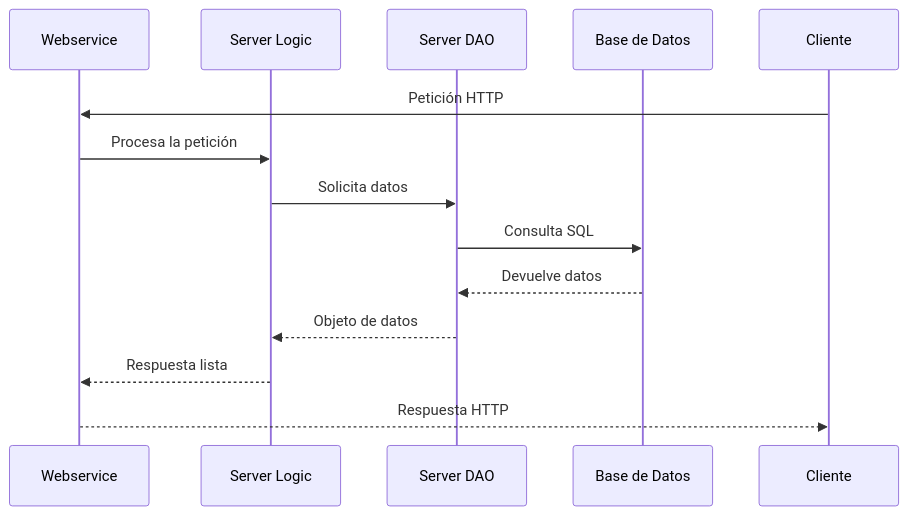
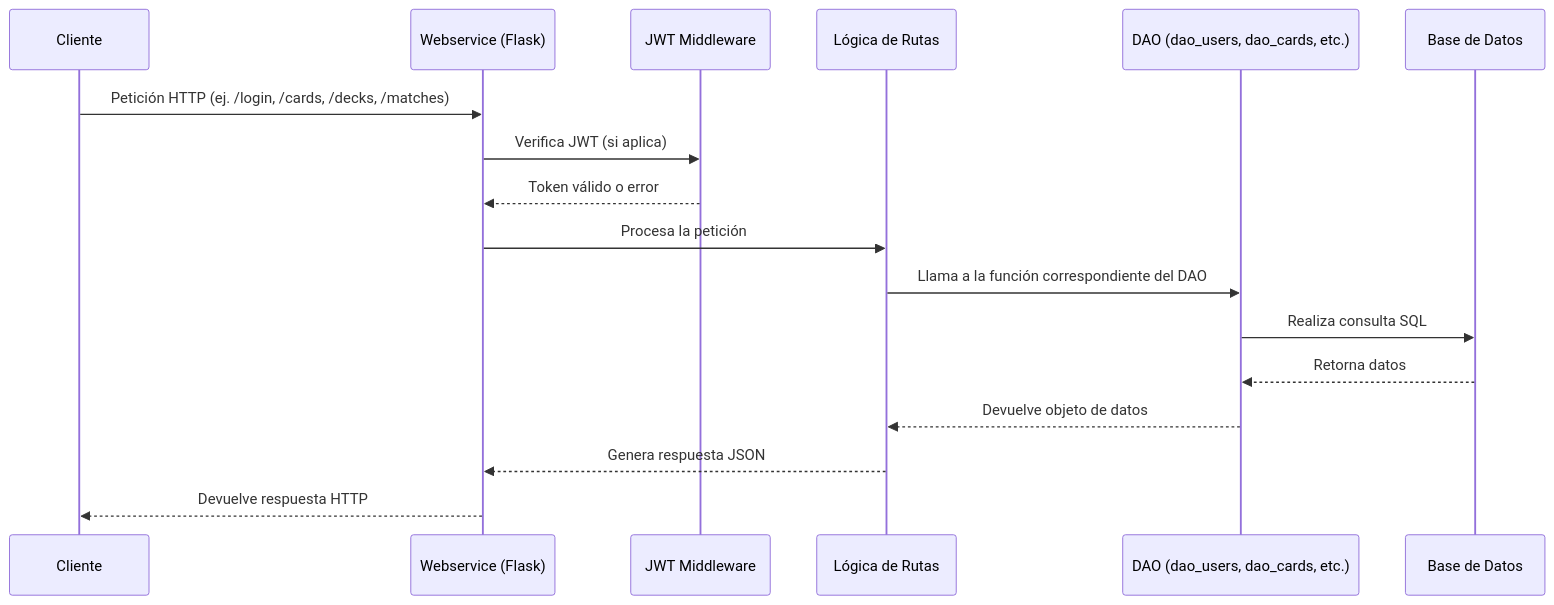
One commit to Dariella06/Rifters changed the diagram in Diagramas/Servidor.mermaid. Above: the diagram before and after it, drawn with Mermaid.

Commit message:
Añadiendo cosas que se puso en el sever, mejorandolo

```diff
--- a/Diagramas/Servidor.mermaid
+++ b/Diagramas/Servidor.mermaid
@@ -1,14 +1,19 @@
 sequenceDiagram
-    participant WebAPI as Webservice
-    participant ServerLogic as Server Logic
-    participant DAO as Server DAO
+    participant Cliente
+    participant WebAPI as Webservice (Flask)
+    participant Middleware as JWT Middleware
+    participant ServerLogic as Lógica de Rutas
+    participant DAO as DAO (dao_users, dao_cards, etc.)
     participant DB as Base de Datos
 
-    Cliente->>WebAPI: Petición HTTP
+    Cliente->>WebAPI: Petición HTTP (ej. /login, /cards, /decks, /matches)
+    WebAPI->>Middleware: Verifica JWT (si aplica)
+    Middleware-->>WebAPI: Token válido o error
+
     WebAPI->>ServerLogic: Procesa la petición
-    ServerLogic->>DAO: Solicita datos
-    DAO->>DB: Consulta SQL
-    DB-->>DAO: Devuelve datos
-    DAO-->>ServerLogic: Objeto de datos
-    ServerLogic-->>WebAPI: Respuesta lista
-    WebAPI-->>Cliente: Respuesta HTTP
+    ServerLogic->>DAO: Llama a la función correspondiente del DAO
+    DAO->>DB: Realiza consulta SQL
+    DB-->>DAO: Retorna datos
+    DAO-->>ServerLogic: Devuelve objeto de datos
+    ServerLogic-->>WebAPI: Genera respuesta JSON
+    WebAPI-->>Cliente: Devuelve respuesta HTTP
```
